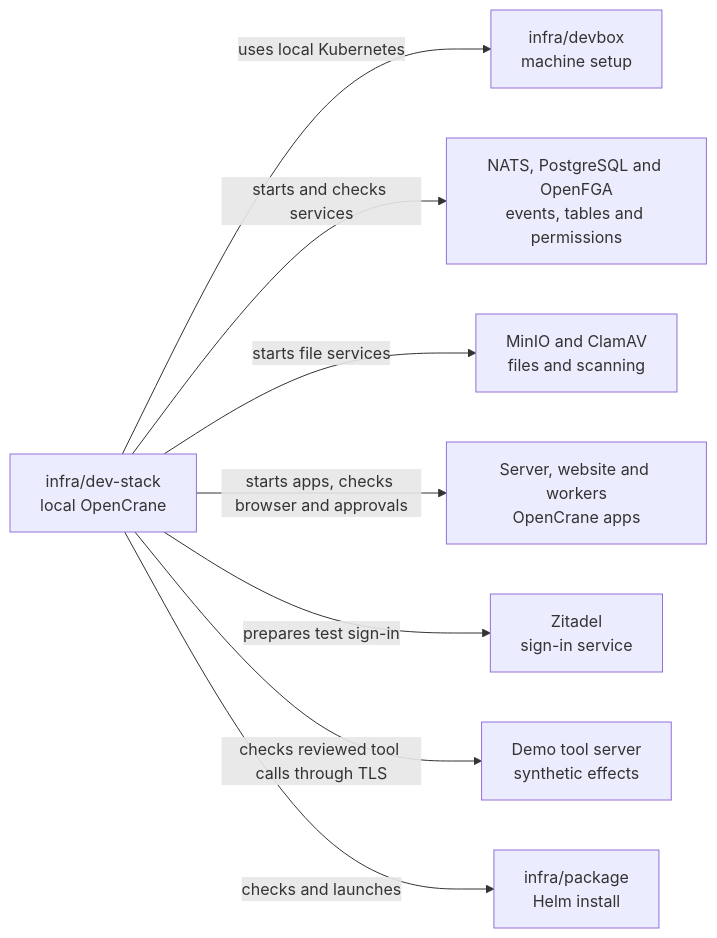
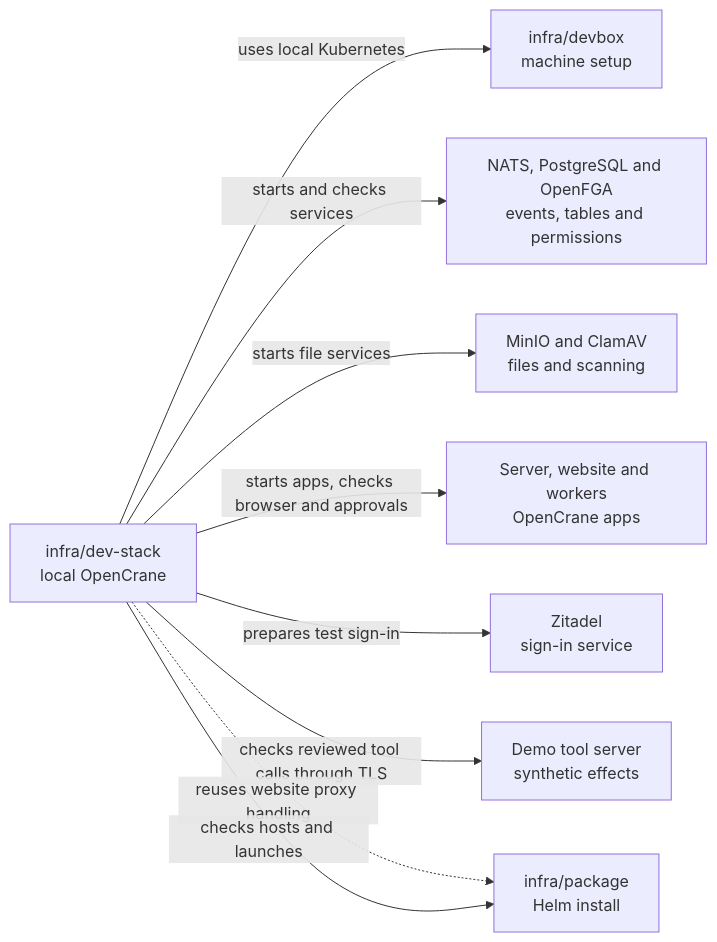
Before and after one commit to elewa-git/opencrane-new: the diagram in infra/dev-stack/README.md, drawn with Mermaid. The commit also changed other lines of this file and 246 other files, not shown here.

````diff
--- a/infra/dev-stack/README.md
+++ b/infra/dev-stack/README.md
@@ -23,10 +23,11 @@
 ```mermaid
 flowchart LR
   stack["infra/dev-stack<br/>local OpenCrane"] -->|uses local Kubernetes| devbox["infra/devbox<br/>machine setup"]
   stack -->|starts and checks services| services["NATS, PostgreSQL and OpenFGA<br/>events, tables and permissions"]
   stack -->|starts file services| files["MinIO and ClamAV<br/>files and scanning"]
   stack -->|starts apps, checks browser and approvals| apps["Server, website and workers<br/>OpenCrane apps"]
   stack -->|prepares test sign-in| zitadel["Zitadel<br/>sign-in service"]
   stack -->|checks reviewed tool calls through TLS| demo["Demo tool server<br/>synthetic effects"]
-  stack -->|checks and launches| package["infra/package<br/>Helm install"]
+  stack -.->|reuses website proxy handling| package
+  stack -->|checks hosts and launches| package["infra/package<br/>Helm install"]
 ```
````
